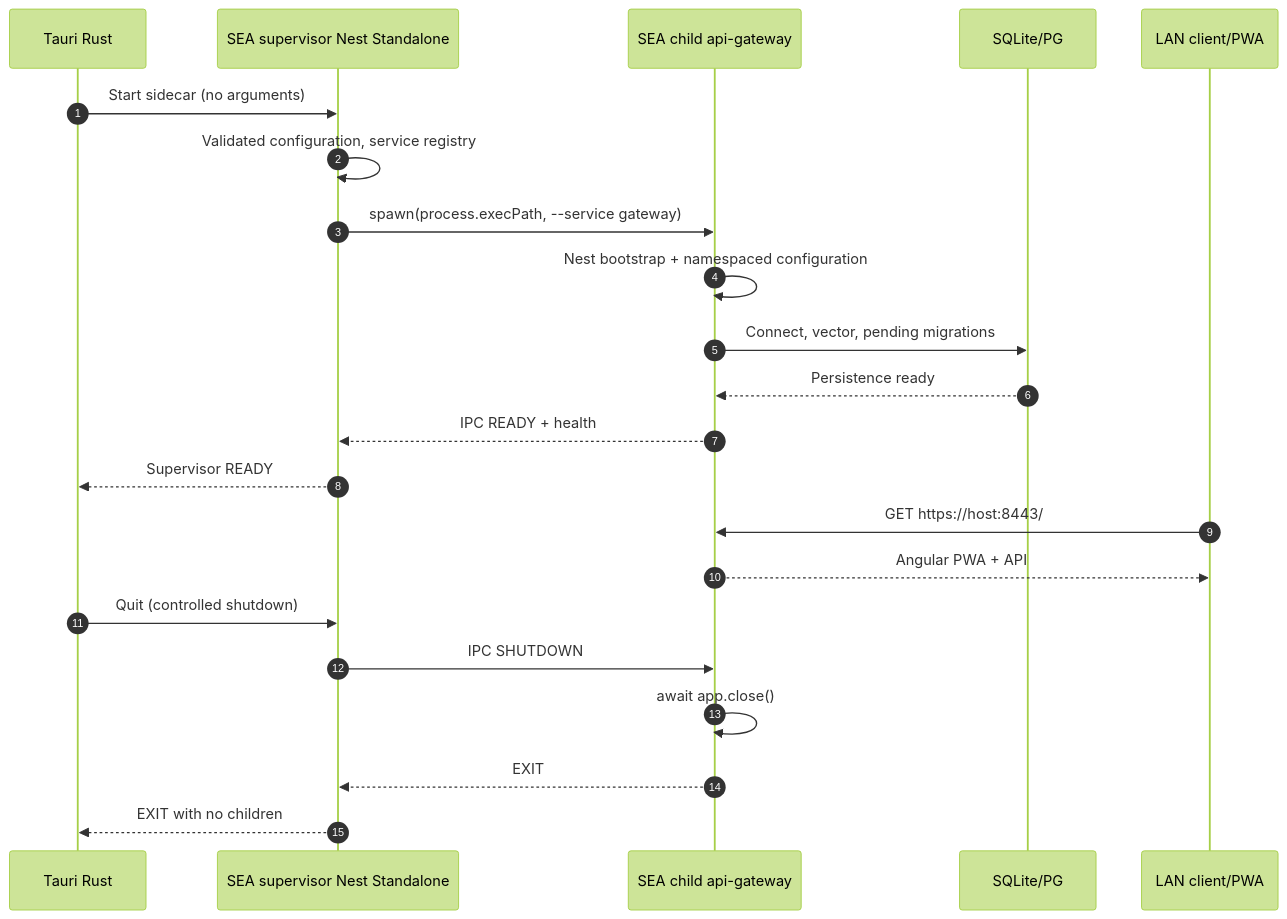
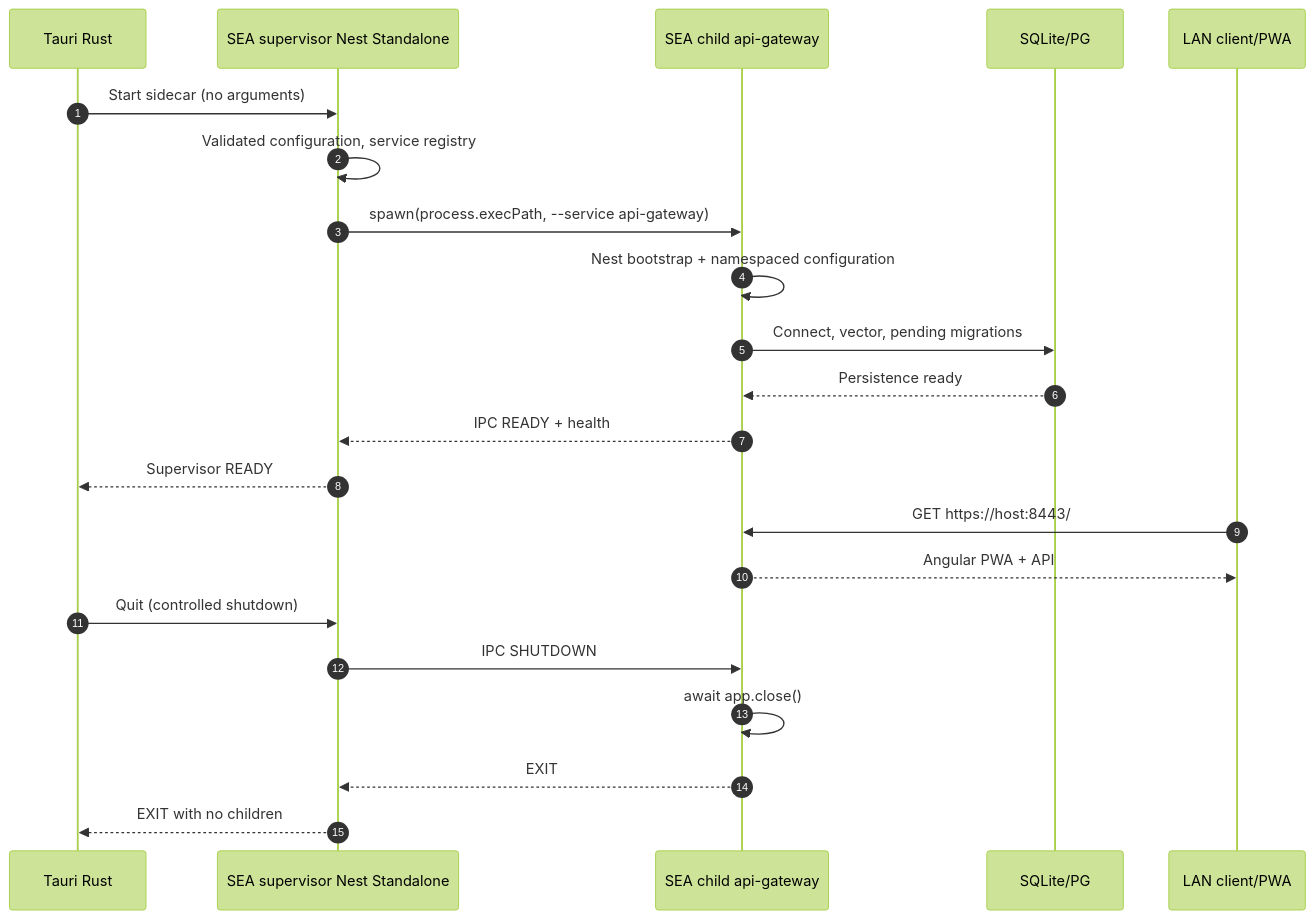
Before and after one commit to virgenherrera/lan-solution-template: the third of 4 diagrams in docs/requirements/09-desktop-tauri.md, drawn with Mermaid (forest theme). The commit also changed other lines of this file and 94 other files, not shown here.

````diff
--- a/docs/requirements/09-desktop-tauri.md
+++ b/docs/requirements/09-desktop-tauri.md
@@ -109,24 +109,24 @@
 ```mermaid
 sequenceDiagram
     autonumber
     participant T as Tauri Rust
     participant L as SEA supervisor Nest Standalone
     participant G as SEA child api-gateway
     participant DB as SQLite/PG
     participant C as LAN client/PWA
     T->>L: Start sidecar (no arguments)
     L->>L: Validated configuration, service registry
-    L->>G: spawn(process.execPath, --service gateway)
+    L->>G: spawn(process.execPath, --service api-gateway)
     G->>G: Nest bootstrap + namespaced configuration
     G->>DB: Connect, vector, pending migrations
     DB-->>G: Persistence ready
     G-->>L: IPC READY + health
     L-->>T: Supervisor READY
     C->>G: GET https://host:8443/
     G-->>C: Angular PWA + API
     T->>L: Quit (controlled shutdown)
     L->>G: IPC SHUTDOWN
     G->>G: await app.close()
     G-->>L: EXIT
     L-->>T: EXIT with no children
 ```
````
